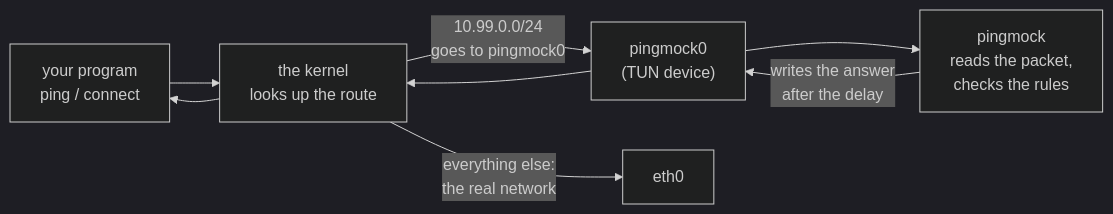
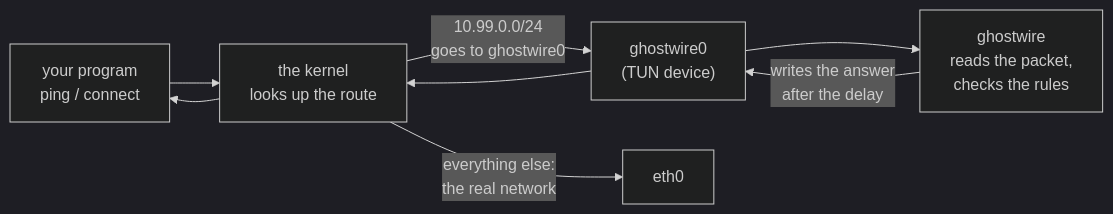
Before and after one commit to nanmuyao-tools/pingmock: the sixth of 7 diagrams in docs/basics.md, drawn with Mermaid (dark theme). The commit also changed other lines of this file and 128 other files, not shown here.

````diff
--- a/docs/basics.md
+++ b/docs/basics.md
@@ -265,10 +265,10 @@
 ```mermaid
 flowchart LR
     A["your program<br>ping / connect"] --> K["the kernel<br>looks up the route"]
-    K -->|"10.99.0.0/24<br>goes to pingmock0"| T["pingmock0<br>(TUN device)"]
-    T --> P["pingmock<br>reads the packet,<br>checks the rules"]
+    K -->|"10.99.0.0/24<br>goes to ghostwire0"| T["ghostwire0<br>(TUN device)"]
+    T --> P["ghostwire<br>reads the packet,<br>checks the rules"]
     P -->|"writes the answer<br>after the delay"| T
     T --> K
     K --> A
     K -->|"everything else:<br>the real network"| N["eth0"]
 ```
````
